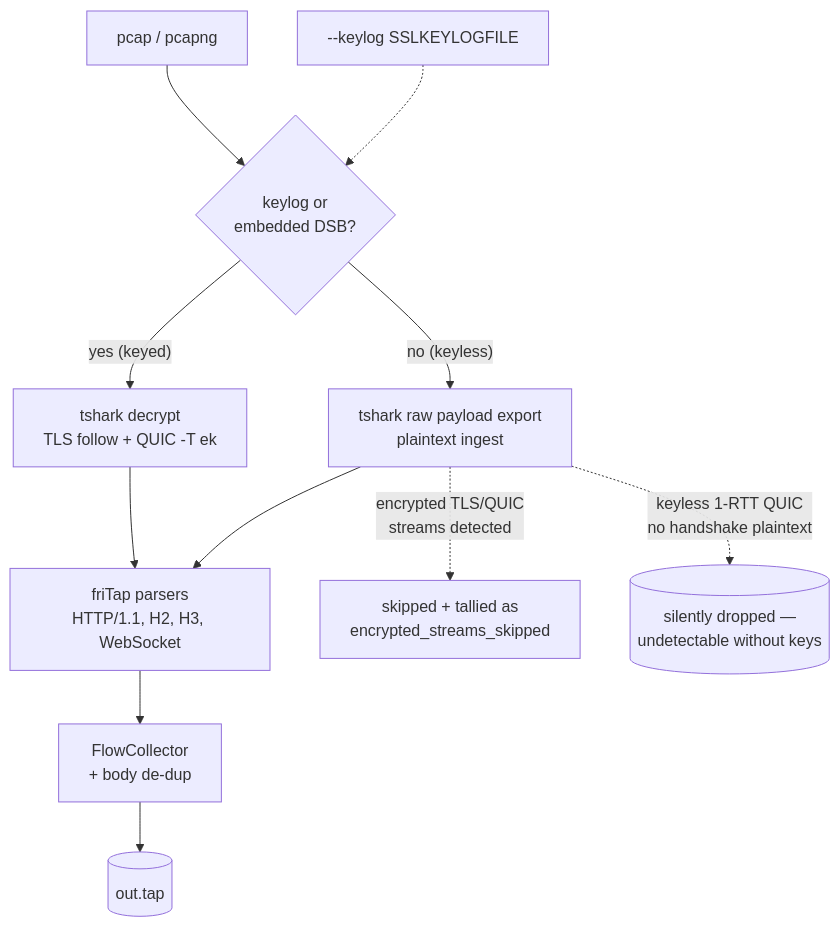
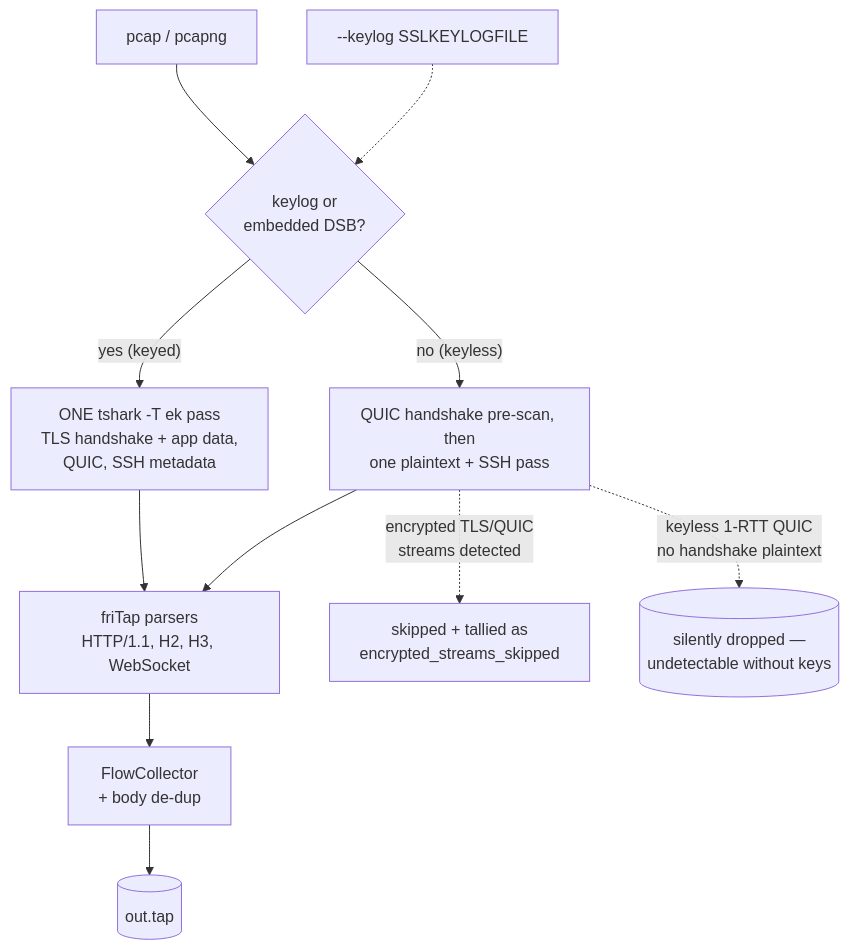
Before and after one commit to fkie-cad/friTap: the diagram in docs/advanced/offline-pcap-to-tap.md, drawn with Mermaid. The commit also changed other lines of this file and 371 other files, not shown here.

````diff
--- a/docs/advanced/offline-pcap-to-tap.md
+++ b/docs/advanced/offline-pcap-to-tap.md
@@ -44,13 +44,13 @@
 ```mermaid
 flowchart TD
     A[pcap / pcapng] --> B{keylog or<br/>embedded DSB?}
     K[--keylog SSLKEYLOGFILE] -.-> B
-    B -- yes (keyed) --> C[tshark decrypt<br/>TLS follow + QUIC -T ek]
-    B -- no (keyless) --> D[tshark raw payload export<br/>plaintext ingest]
+    B -- yes (keyed) --> C[ONE tshark -T ek pass<br/>TLS handshake + app data,<br/>QUIC, SSH metadata]
+    B -- no (keyless) --> D[QUIC handshake pre-scan, then<br/>one plaintext + SSH pass]
     C --> E[friTap parsers<br/>HTTP/1.1, H2, H3, WebSocket]
     D --> E
     D -.->|encrypted TLS/QUIC<br/>streams detected| X[skipped + tallied as<br/>encrypted_streams_skipped]
     D -.->|keyless 1-RTT QUIC<br/>no handshake plaintext| Y[(silently dropped —<br/>undetectable without keys)]
     E --> F[FlowCollector<br/>+ body de-dup]
     F --> G[(out.tap)]
 ```
````
